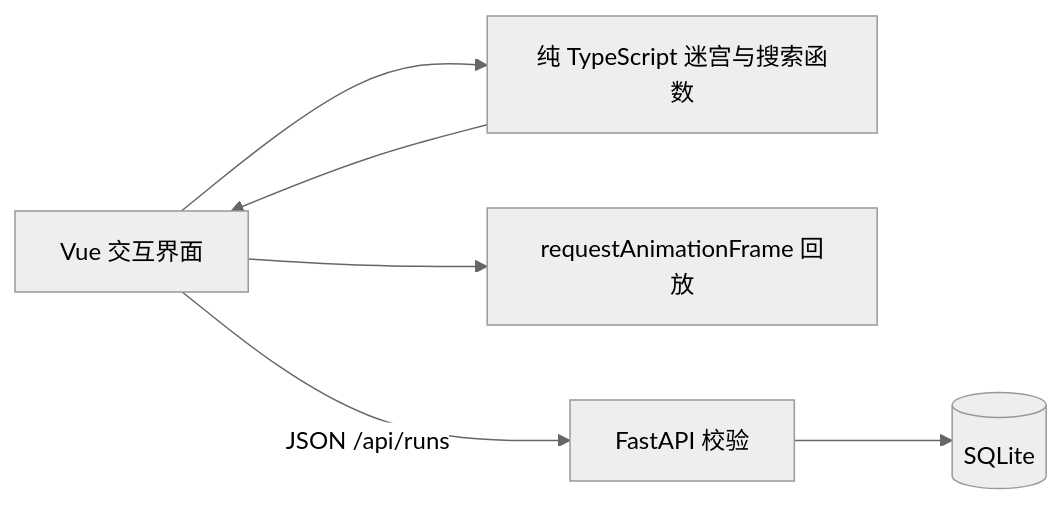
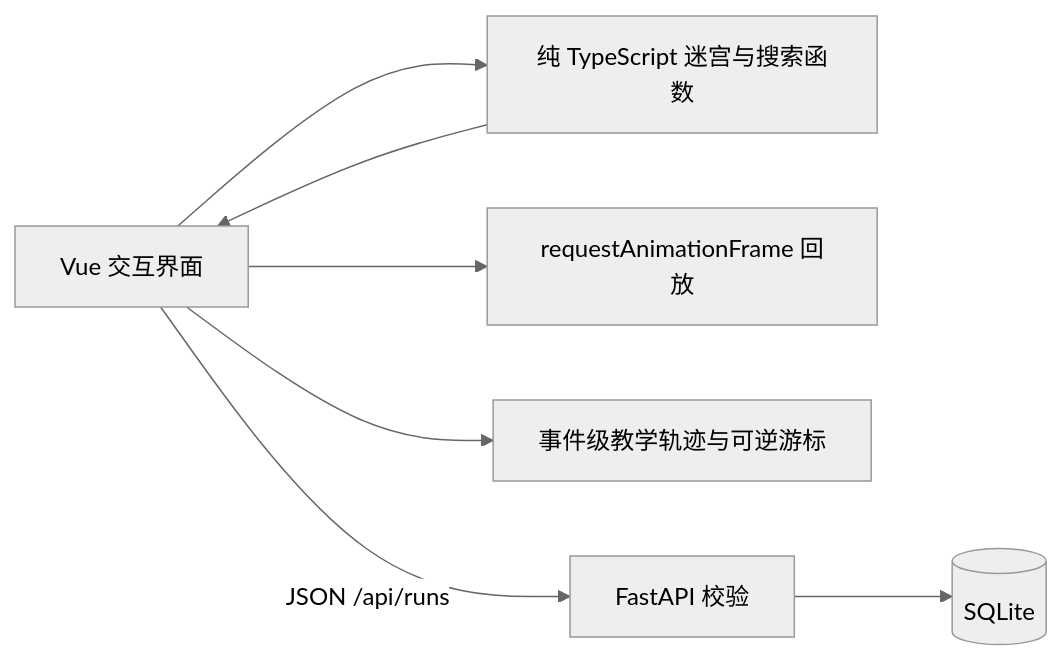
The diagram in docs/ARCHITECTURE.md (cheng-0714/PaperMaze), drawn with Mermaid (neutral theme) before and after one commit. The commit also changed other lines of this file and 26 other files, not shown here.

````diff
--- a/docs/ARCHITECTURE.md
+++ b/docs/ARCHITECTURE.md
@@ -5,8 +5,9 @@
 ```mermaid
 flowchart LR
   UI[Vue 交互界面] --> Domain[纯 TypeScript 迷宫与搜索函数]
   UI --> Playback[requestAnimationFrame 回放]
+  UI --> Teaching[事件级教学轨迹与可逆游标]
   UI -->|JSON /api/runs| API[FastAPI 校验]
   API --> DB[(SQLite)]
   Domain --> UI
 ```
````
